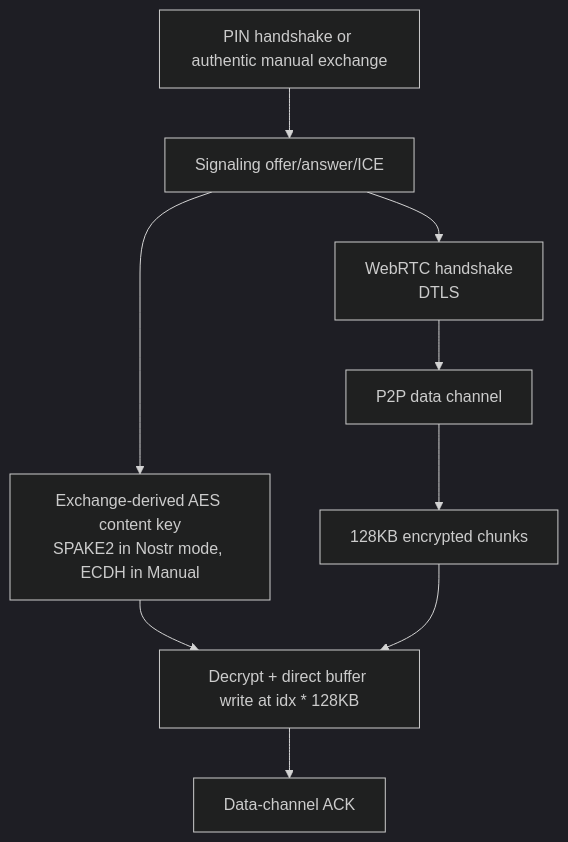
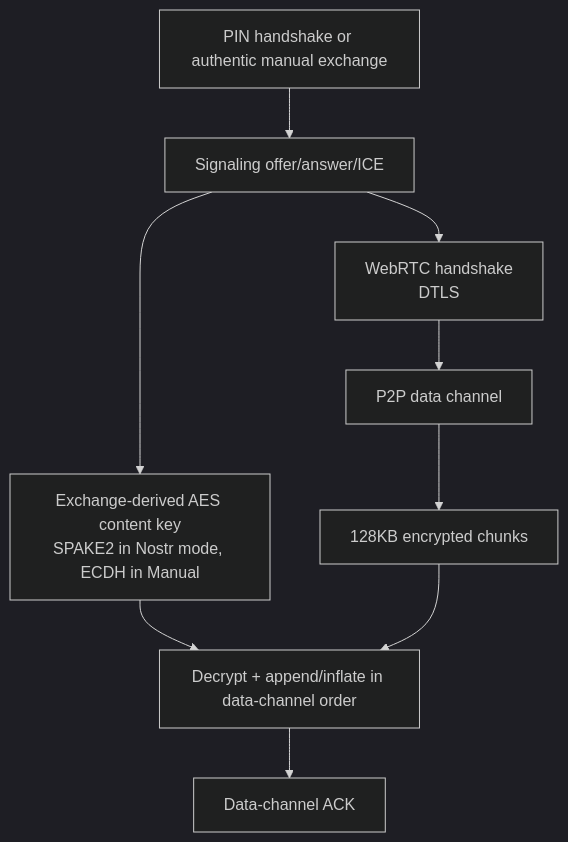
The fifth of 5 diagrams in docs/ARCHITECTURE.md (andrewtheguy/ptransfer), drawn with Mermaid (dark theme) before and after one commit. The commit also changed other lines of this file and 5 other files, not shown here.

````diff
--- a/docs/ARCHITECTURE.md
+++ b/docs/ARCHITECTURE.md
@@ -598,11 +598,11 @@
 ```mermaid
 flowchart TD
     Secret[PIN handshake or authentic manual exchange] --> Signaling[Signaling offer/answer/ICE]
     Signaling --> Key[Exchange-derived AES content key<br/>SPAKE2 in Nostr mode, ECDH in Manual]
     Signaling --> DTLS[WebRTC handshake<br/>DTLS]
     DTLS --> Channel[P2P data channel]
     Channel --> Chunks[128KB encrypted chunks]
-    Key --> Write[Decrypt + direct buffer write at idx * 128KB]
+    Key --> Write[Decrypt + append/inflate in data-channel order]
     Chunks --> Write
     Write --> Ack[Data-channel ACK]
 ```
````
